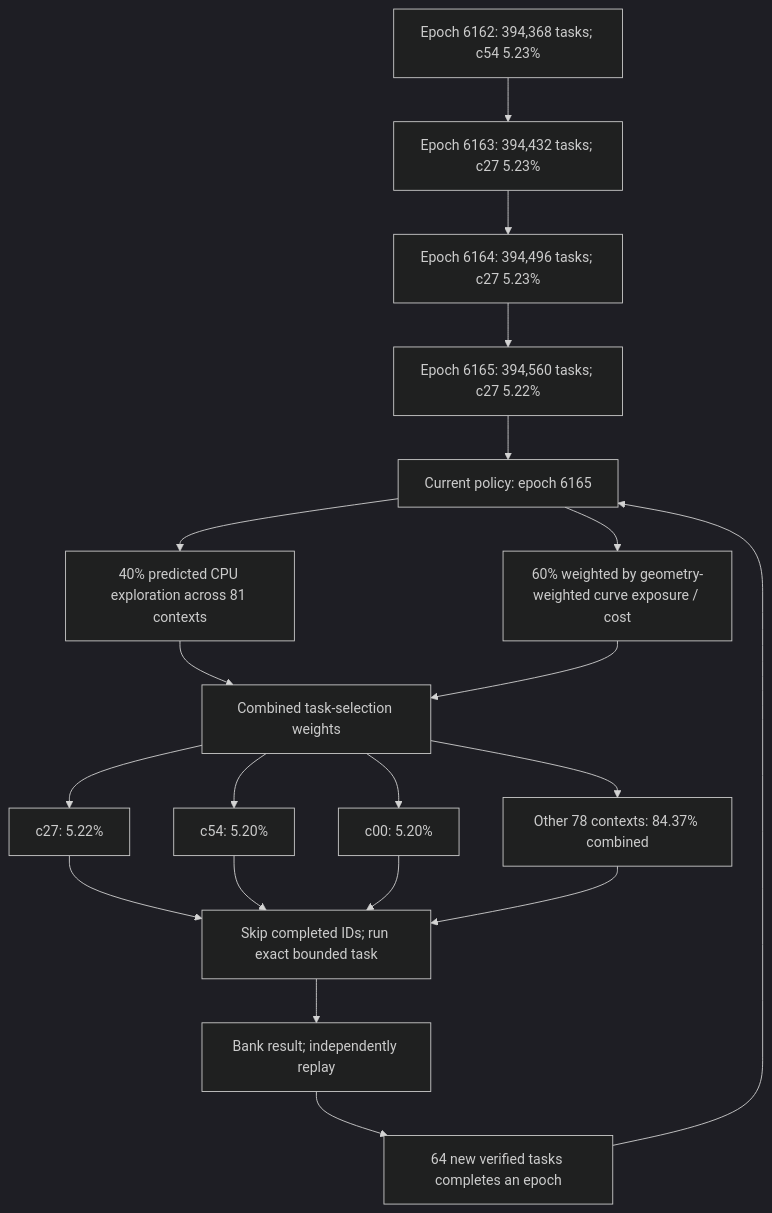
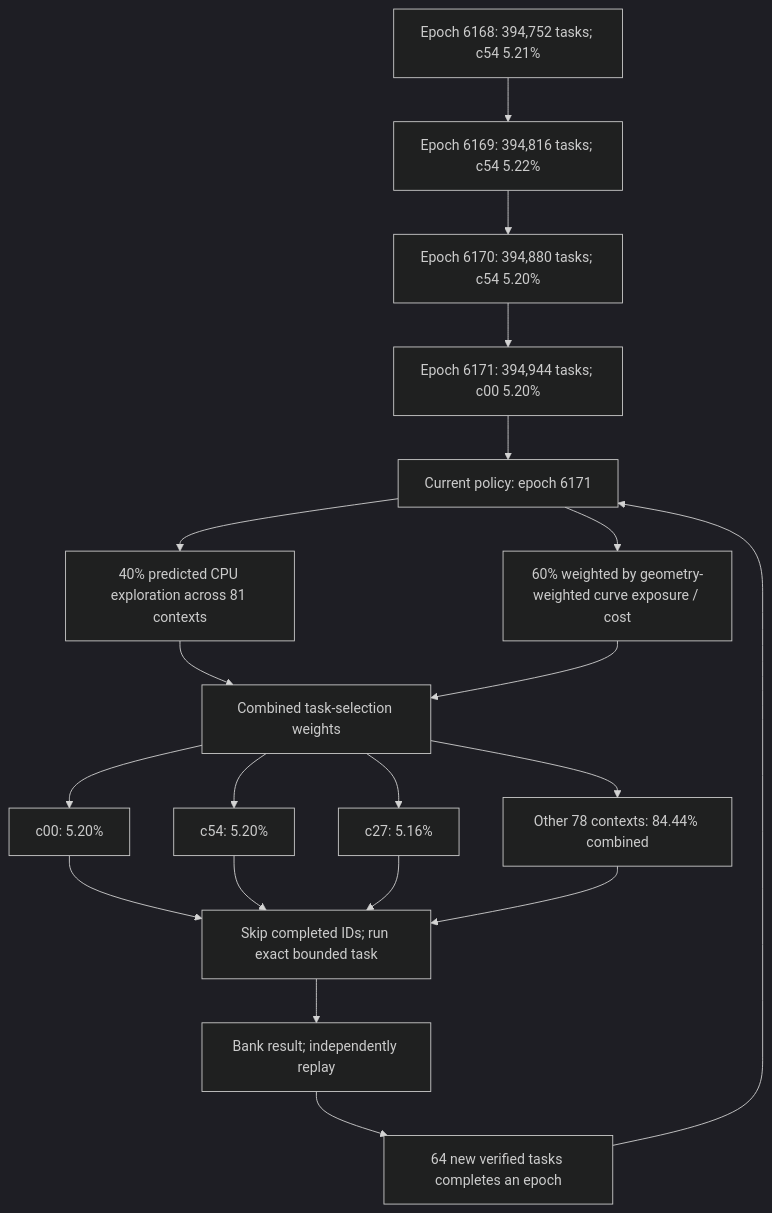
The first of 4 diagrams in README.md (Kuberwastaken/math-gambling), drawn with Mermaid (dark theme) before and after one commit. The commit also changed other lines of this file and 937 other files, not shown here.

````diff
--- a/README.md
+++ b/README.md
@@ -60,27 +60,27 @@
 ```mermaid
 flowchart TD
-    H0["Epoch 6162: 394,368 tasks; c54 5.23%"]
-    H1["Epoch 6163: 394,432 tasks; c27 5.23%"]
+    H0["Epoch 6168: 394,752 tasks; c54 5.21%"]
+    H1["Epoch 6169: 394,816 tasks; c54 5.22%"]
     H0 --> H1
-    H2["Epoch 6164: 394,496 tasks; c27 5.23%"]
+    H2["Epoch 6170: 394,880 tasks; c54 5.20%"]
     H1 --> H2
-    H3["Epoch 6165: 394,560 tasks; c27 5.22%"]
+    H3["Epoch 6171: 394,944 tasks; c00 5.20%"]
     H2 --> H3
-    Policy["Current policy: epoch 6165"]
+    Policy["Current policy: epoch 6171"]
     H3 --> Policy
     Policy --> Explore["40% predicted CPU exploration across 81 contexts"]
     Policy --> Cost["60% weighted by geometry-weighted curve exposure / cost"]
     Explore --> Mix["Combined task-selection weights"]
     Cost --> Mix
-    Mix --> C0["c27: 5.22%"]
+    Mix --> C0["c00: 5.20%"]
     Mix --> C1["c54: 5.20%"]
-    Mix --> C2["c00: 5.20%"]
-    Mix --> Rest["Other 78 contexts: 84.37% combined"]
+    Mix --> C2["c27: 5.16%"]
+    Mix --> Rest["Other 78 contexts: 84.44% combined"]
     C0 --> Check["Skip completed IDs; run exact bounded task"]
     C1 --> Check
     C2 --> Check
     Rest --> Check
     Check --> Replay["Bank result; independently replay"]
     Replay --> Gate["64 new verified tasks completes an epoch"]
     Gate --> Policy
 ```
````
